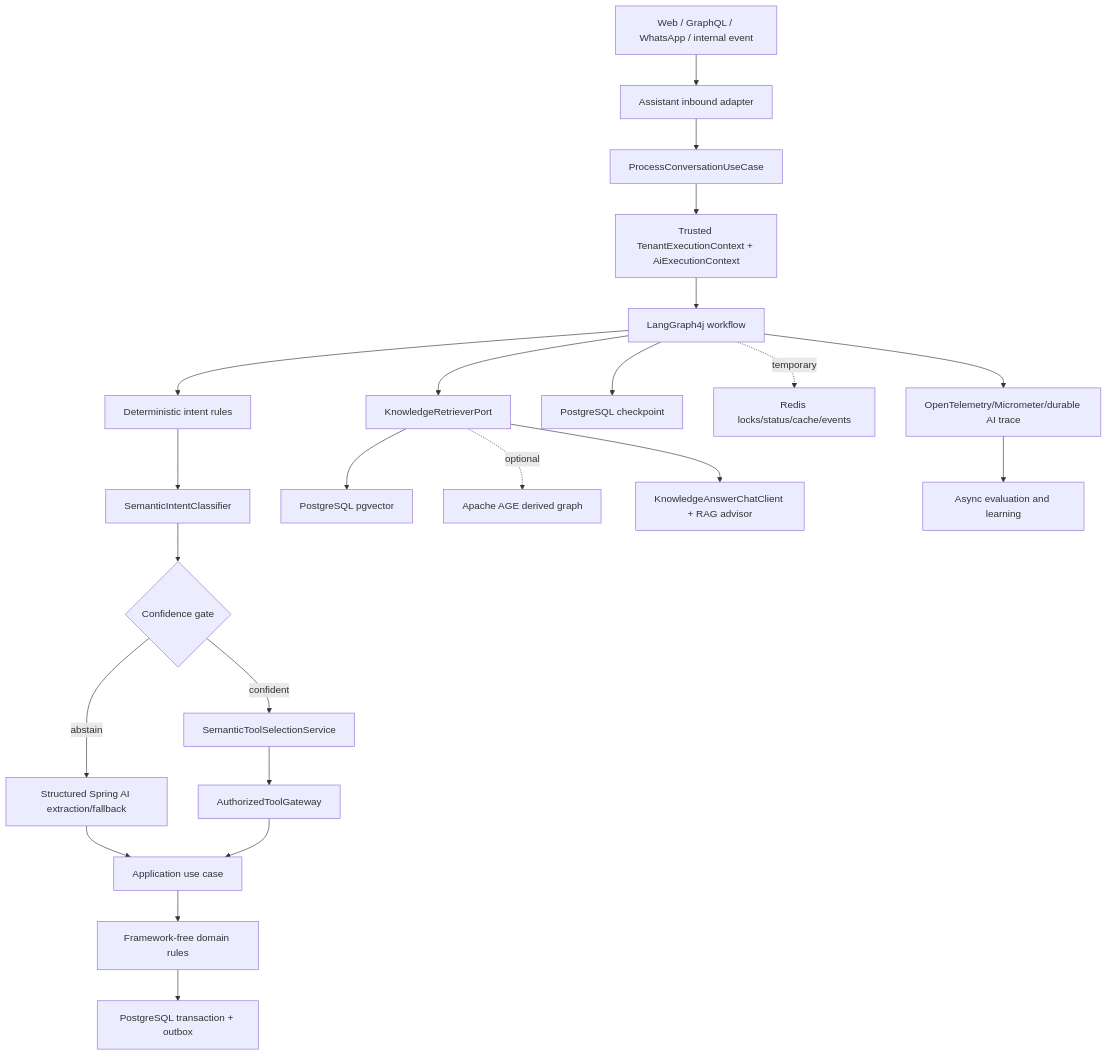
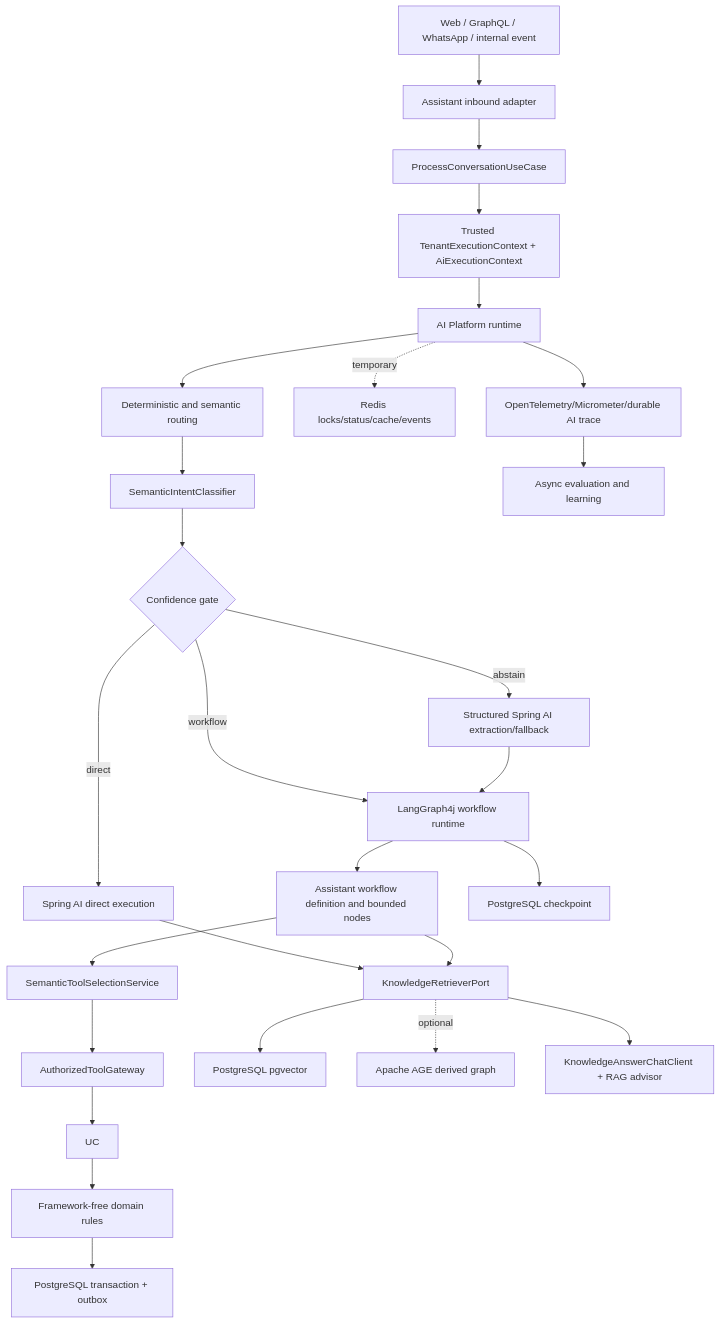
Before and after one commit to migangdelzar/emme-service: the third of 9 diagrams in docs/superpowers/specs/2026-08-28-ai-platform-consistency-and-graph-rag-design.md, drawn with Mermaid. The commit also changed other lines of this file, not shown here.

Commit message:
docs(ai): define contracts and platform modules

````diff
--- a/docs/superpowers/specs/2026-08-28-ai-platform-consistency-and-graph-rag-design.md
+++ b/docs/superpowers/specs/2026-08-28-ai-platform-consistency-and-graph-rag-design.md
@@ -285,28 +297,32 @@
 ```mermaid
 flowchart TD
     C[Web / GraphQL / WhatsApp / internal event] --> IA[Assistant inbound adapter]
     IA --> PC[ProcessConversationUseCase]
     PC --> CTX[Trusted TenantExecutionContext + AiExecutionContext]
-    CTX --> LG[LangGraph4j workflow]
-
-    LG --> DR[Deterministic intent rules]
+    CTX --> AP[AI Platform runtime]
+    AP --> DR[Deterministic and semantic routing]
     DR --> SI[SemanticIntentClassifier]
     SI --> CG{Confidence gate}
-    CG -->|confident| ST[SemanticToolSelectionService]
+    CG -->|direct| DIRECT[Spring AI direct execution]
+    CG -->|workflow| LG[LangGraph4j workflow runtime]
     CG -->|abstain| EX[Structured Spring AI extraction/fallback]
+    EX --> LG
+
+    LG --> WF[Assistant workflow definition and bounded nodes]
+    WF --> ST[SemanticToolSelectionService]
     ST --> TG[AuthorizedToolGateway]
-    EX --> UC[Application use case]
     TG --> UC
     UC --> DOM[Framework-free domain rules]
     DOM --> PG[PostgreSQL transaction + outbox]
 
-    LG --> KR[KnowledgeRetrieverPort]
+    DIRECT --> KR[KnowledgeRetrieverPort]
+    WF --> KR
     KR --> PV[PostgreSQL pgvector]
     KR -. optional .-> AG[Apache AGE derived graph]
     KR --> RA[KnowledgeAnswerChatClient + RAG advisor]
 
     LG --> CP[PostgreSQL checkpoint]
-    LG -. temporary .-> RD[Redis locks/status/cache/events]
-    LG --> OT[OpenTelemetry/Micrometer/durable AI trace]
+    AP -. temporary .-> RD[Redis locks/status/cache/events]
+    AP --> OT[OpenTelemetry/Micrometer/durable AI trace]
     OT --> EV[Async evaluation and learning]
 ```
````
